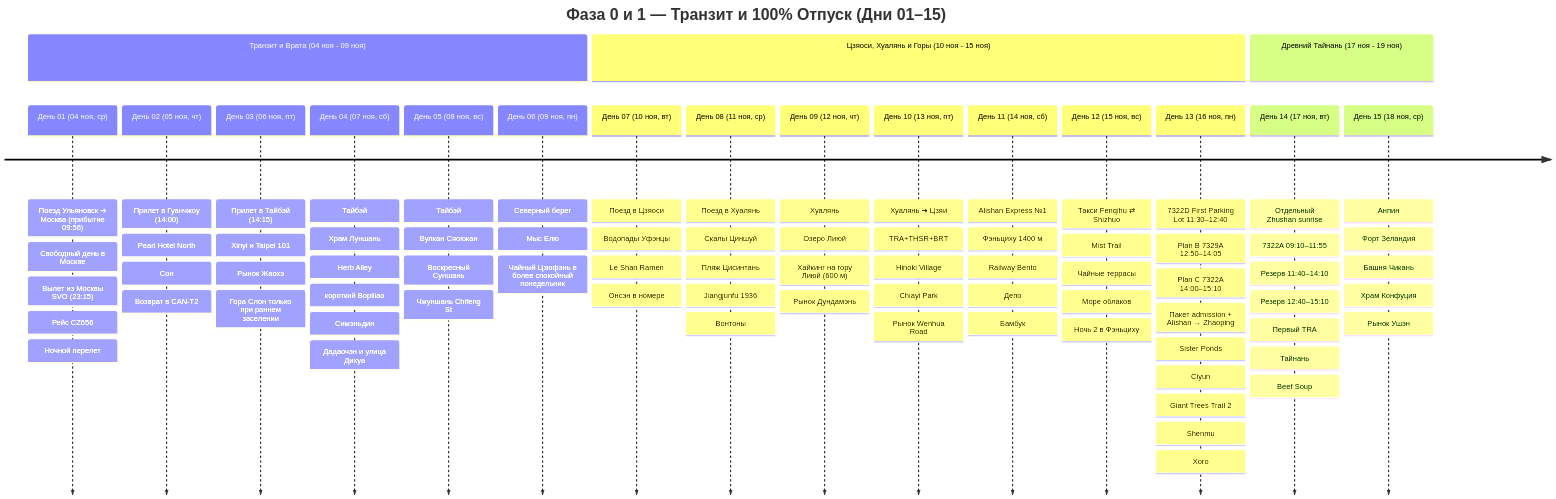
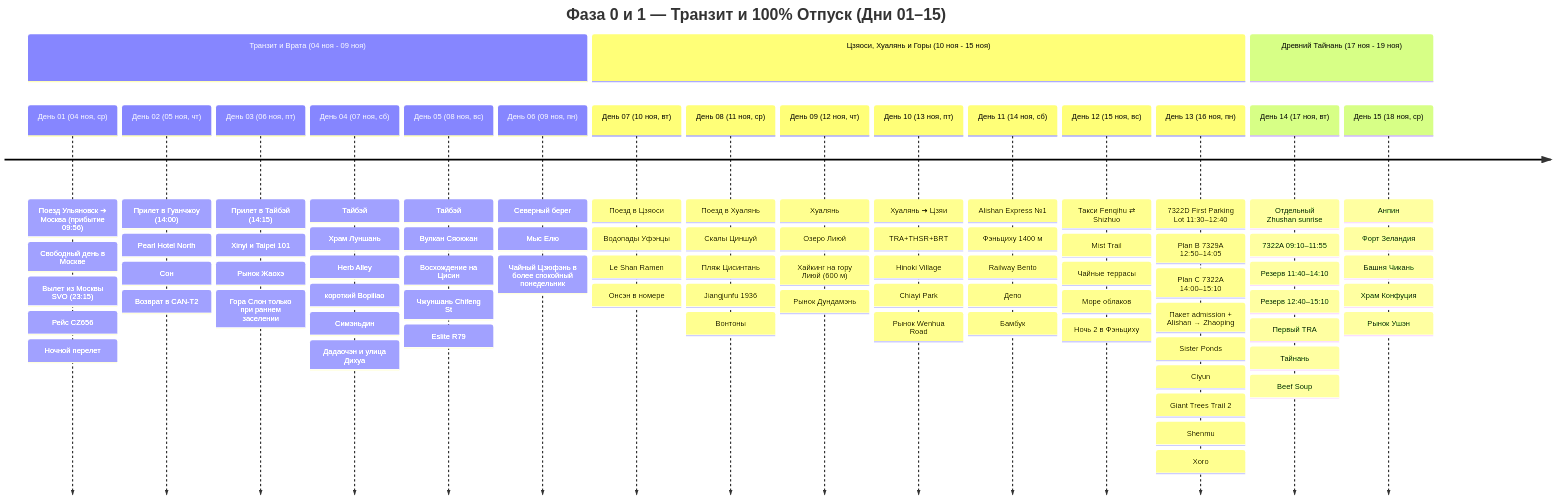
Before and after one commit to injurka/obsidian-mark: the first of 2 diagrams in Personal Note/Travel/-- Taiwan/Taiwan.md, drawn with Mermaid. The commit also changed 23 other files, not shown here.

````diff
--- a/Personal Note/Travel/-- Taiwan/Taiwan.md
+++ b/Personal Note/Travel/-- Taiwan/Taiwan.md
@@ -65,22 +65,22 @@
 ```mermaid
 timeline
     title Фаза 0 и 1 — Транзит и 100% Отпуск (Дни 01–15)
     section Транзит и Врата (04 ноя - 09 ноя)
         День 01 (04 ноя, ср) : Поезд Ульяновск ➔ Москва (прибытие 09:56) : Свободный день в Москве : Вылет из Москвы SVO (23:15) : Рейс CZ656 : Ночной перелет
         День 02 (05 ноя, чт) : Прилет в Гуанчжоу (14:00) : Pearl Hotel North : Сон : Возврат в CAN-T2
         День 03 (06 ноя, пт) : Прилет в Тайбэй (14:15) : Xinyi и Taipei 101 : Рынок Жаохэ : Гора Слон только при раннем заселении
         День 04 (07 ноя, сб) : Тайбэй : Храм Луншань : Herb Alley : короткий Bopiliao : Симэньдин : Дадаочэн и улица Дихуа
-        День 05 (08 ноя, вс) : Тайбэй : Вулкан Сяоюкан : Воскресный Суншань : Чжуншань Chifeng St
+        День 05 (08 ноя, вс) : Тайбэй : Вулкан Сяоюкан : Восхождение на Цисин : Чжуншань Chifeng St : Eslite R79
         День 06 (09 ноя, пн) : Северный берег : Мыс Елю : Чайный Цзюфэнь в более спокойный понедельник
     section Цзяоси, Хуалянь и Горы (10 ноя - 15 ноя)
         День 07 (10 ноя, вт) : Поезд в Цзяоси : Водопады Уфэнцы : Le Shan Ramen : Онсэн в номере
         День 08 (11 ноя, ср) : Поезд в Хуалянь : Скалы Циншуй : Пляж Цисинтань : Jiangjunfu 1936 : Вонтоны
         День 09 (12 ноя, чт) : Хуалянь : Озеро Лиюй : Хайкинг на гору Лиюй (600 м) : Рынок Дундамэнь
         День 10 (13 ноя, пт) : Хуалянь ➔ Цзяи : TRA+THSR+BRT : Hinoki Village : Chiayi Park : Рынок Wenhua Road
         День 11 (14 ноя, сб) : Alishan Express №1 : Фэньциху 1400 м : Railway Bento : Депо : Бамбук
         День 12 (15 ноя, вс) : Такси Fenqihu ⇄ Shizhuo : Mist Trail : Чайные террасы : Море облаков : Ночь 2 в Фэньциху
         День 13 (16 ноя, пн) : 7322D First Parking Lot 11:30–12:40 : Plan B 7329A 12:50–14:05 : Plan C 7322A 14:00–15:10 : Пакет admission + Alishan → Zhaoping : Sister Ponds : Ciyun : Giant Trees Trail 2 : Shenmu : Хого
     section Древний Тайнань (17 ноя - 19 ноя)
         День 14 (17 ноя, вт) : Отдельный Zhushan sunrise : 7322A 09:10–11:55 : Резерв 11:40–14:10 : Резерв 12:40–15:10 : Первый TRA : Тайнань : Beef Soup
         День 15 (18 ноя, ср) : Анпин : Форт Зеландия : Башня Чикань : Храм Конфуция : Рынок Ушэн
 ```
````
